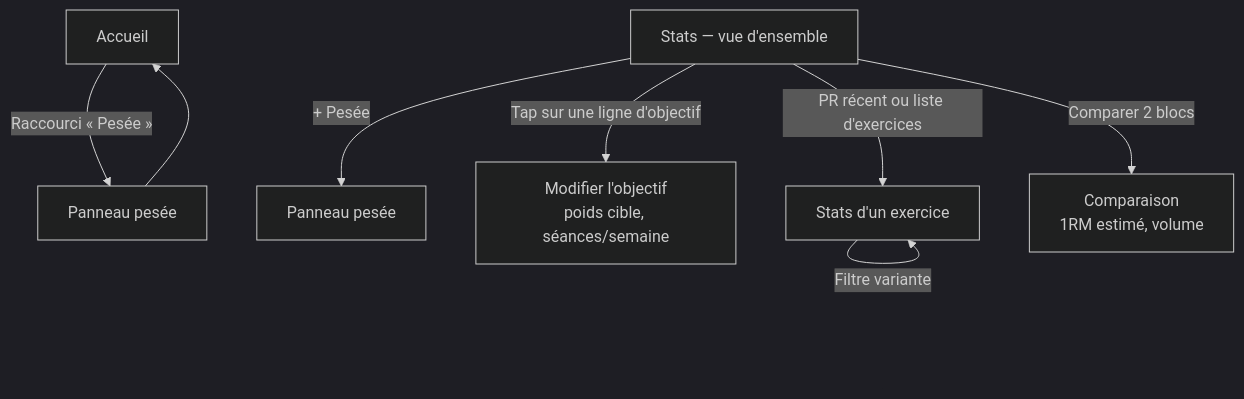
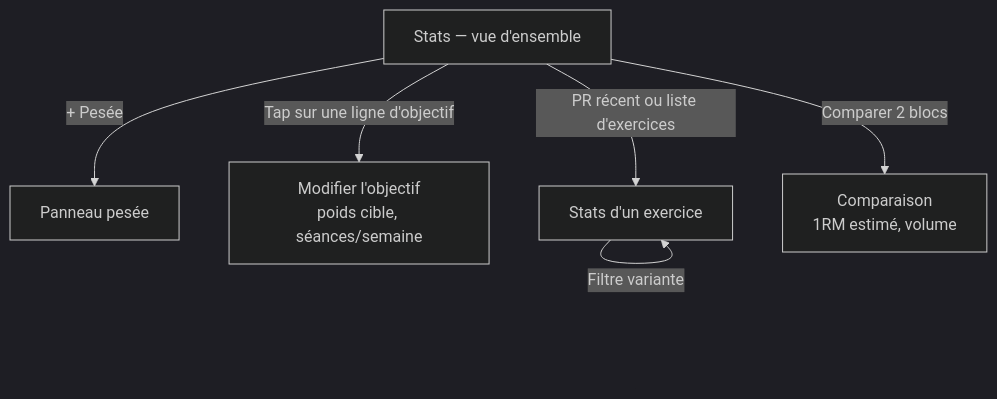
One commit to Ninninp/Sportix changed the seventh of 8 diagrams in docs/design/parcours.md. Above: the diagram before and after it, drawn with Mermaid (dark theme). The commit also changed other lines of this file and 19 other files, not shown here.

````diff
--- a/docs/design/parcours.md
+++ b/docs/design/parcours.md
@@ -163,10 +163,8 @@
 ```mermaid
 flowchart TD
-    A[Accueil] -->|Raccourci « Pesée »| W[Panneau pesée]
-    W --> A
     V[Stats — vue d'ensemble] -->|+ Pesée| W2[Panneau pesée]
     V -->|Tap sur une ligne d'objectif| G[Modifier l'objectif\npoids cible, séances/semaine]
     V -->|PR récent ou liste d'exercices| X[Stats d'un exercice]
     V -->|Comparer 2 blocs| K[Comparaison\n1RM estimé, volume]
     X -->|Filtre variante| X
 ```
````
